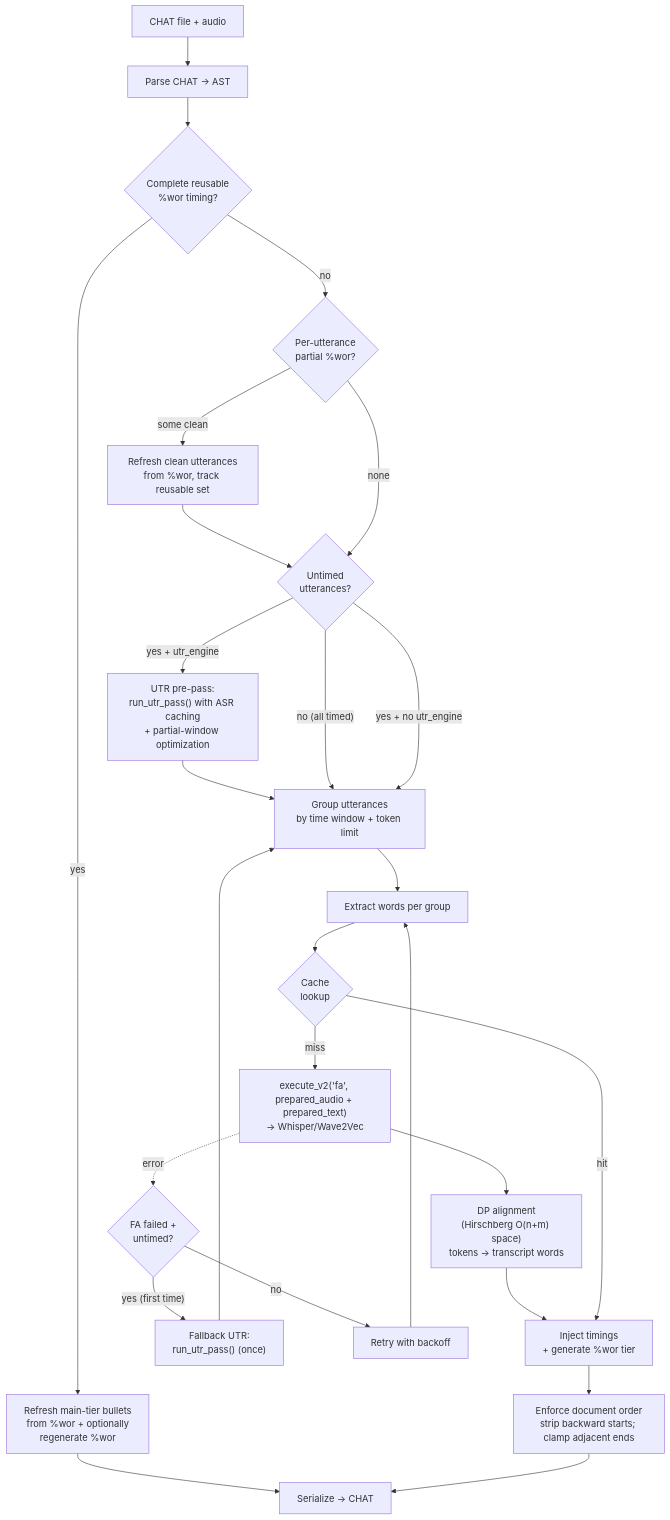
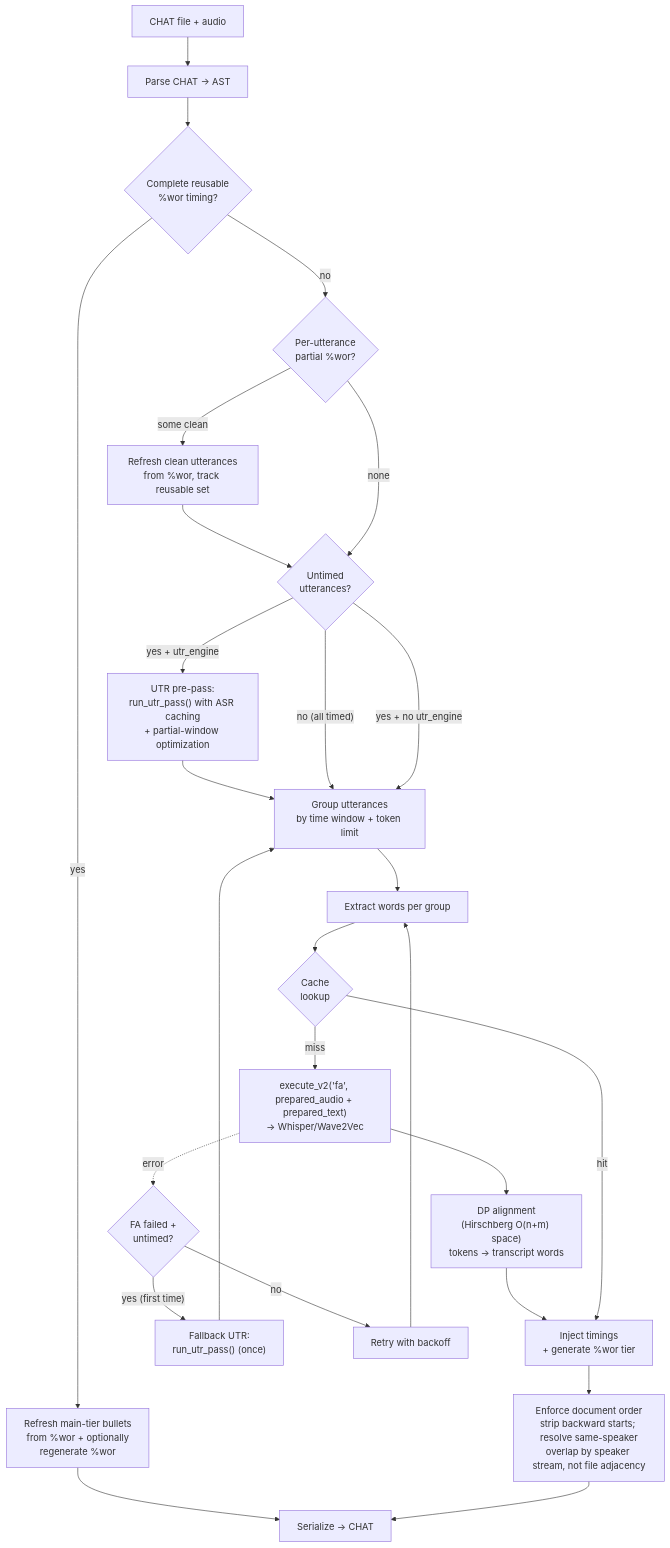
The first of 13 diagrams in book/src/batchalign/reference/forced-alignment.md (TalkBank/talkbank-tools), drawn with Mermaid before and after one commit. The commit also changed other lines of this file and 4 other files, not shown here.

````diff
--- a/book/src/batchalign/reference/forced-alignment.md
+++ b/book/src/batchalign/reference/forced-alignment.md
@@ -11,39 +11,39 @@
 ```mermaid
 flowchart TD
     chat["CHAT file + audio"]
     parse["Parse CHAT → AST"]
     reuse{"Complete reusable\n%wor timing?"}
     refresh["Refresh main-tier bullets\nfrom %wor + optionally\nregenerate %wor"]
     partial{"Per-utterance\npartial %wor?"}
     partial_refresh["Refresh clean utterances\nfrom %wor, track reusable set"]
     count{"Untimed\nutterances?"}
     utr["UTR pre-pass:\nrun_utr_pass() with ASR caching\n+ partial-window optimization"]
     group["Group utterances\nby time window + token limit"]
     extract["Extract words per group"]
     cache{"Cache\nlookup"}
     fa["execute_v2('fa', prepared_audio + prepared_text)\n→ Whisper/Wave2Vec"]
     dp["DP alignment\n(Hirschberg O(n+m) space)\ntokens → transcript words"]
     inject["Inject timings\n+ generate %wor tier"]
-    mono["Enforce document order\nstrip backward starts; clamp adjacent ends"]
+    mono["Enforce document order\nstrip backward starts; resolve same-speaker\noverlap by speaker stream, not file adjacency"]
     out["Serialize → CHAT"]
     retry{"FA failed +\nuntimed?"}
     fallback["Fallback UTR:\nrun_utr_pass() (once)"]
 
     chat --> parse --> reuse
     reuse -->|"yes"| refresh --> out
     reuse -->|"no"| partial
     partial -->|"some clean"| partial_refresh --> count
     partial -->|"none"| count
     count -->|"yes + utr_engine"| utr --> group
     count -->|"no (all timed)"| group
     count -->|"yes + no utr_engine"| group
     group --> extract --> cache
     cache -->|miss| fa --> dp --> inject
     cache -->|hit| inject
     inject --> mono --> out
 
     fa -.->|"error"| retry
     retry -->|"yes (first time)"| fallback --> group
     retry -->|"no"| backoff["Retry with backoff"]
     backoff --> extract
 ```
````
